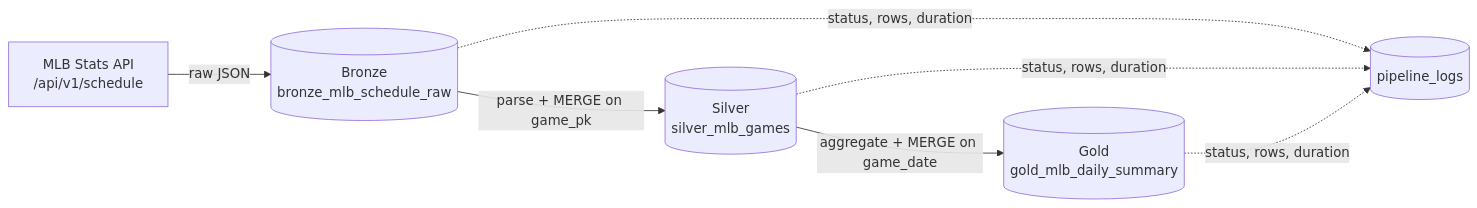
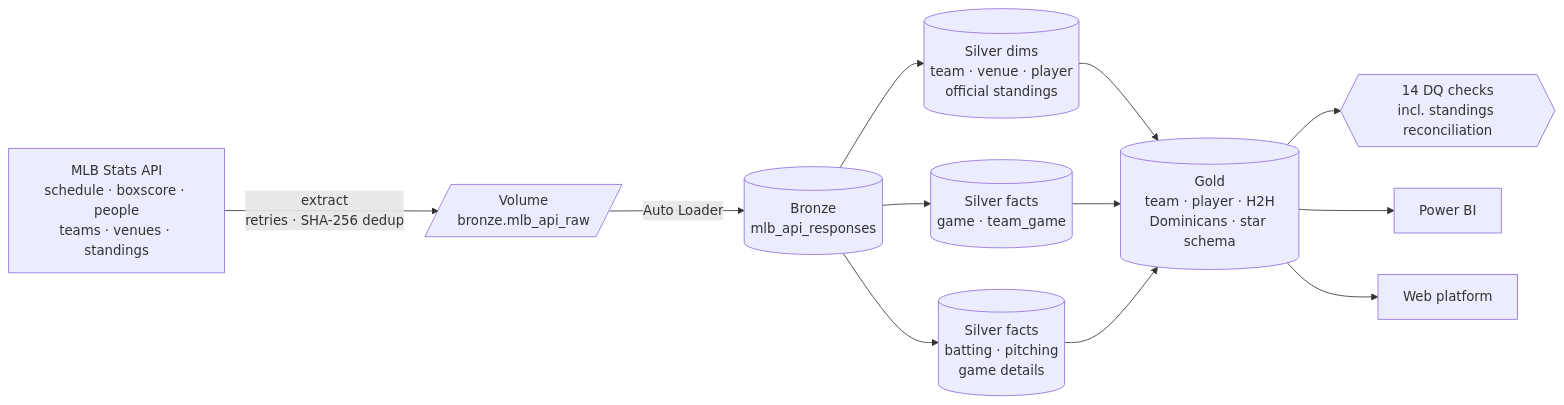
Before and after one commit to Stanly06/MLB-Daily-Games-ETL-Pipeline: the diagram in README.md, drawn with Mermaid. The commit also changed other lines of this file and 40 other files, not shown here.

First line of the commit message:
feat: v2 MLB Performance Intelligence Platform

````diff
--- a/README.md
+++ b/README.md
@@ -25,7 +46,12 @@
 ```mermaid
 flowchart LR
-    A[MLB Stats API<br/>/api/v1/schedule] -->|raw JSON| B[(Bronze<br/>bronze_mlb_schedule_raw)]
-    B -->|parse + MERGE on game_pk| C[(Silver<br/>silver_mlb_games)]
-    C -->|aggregate + MERGE on game_date| D[(Gold<br/>gold_mlb_daily_summary)]
-    B & C & D -.->|status, rows, duration| L[(pipeline_logs)]
+    API[MLB Stats API<br/>schedule · boxscore · people<br/>teams · venues · standings] -->|extract<br/>retries · SHA-256 dedup| RAW[/Volume<br/>bronze.mlb_api_raw/]
+    RAW -->|Auto Loader| B[(Bronze<br/>mlb_api_responses)]
+    B --> S1[(Silver dims<br/>team · venue · player<br/>official standings)]
+    B --> S2[(Silver facts<br/>game · team_game)]
+    B --> S3[(Silver facts<br/>batting · pitching<br/>game details)]
+    S1 & S2 & S3 --> G[(Gold<br/>team · player · H2H<br/>Dominicans · star schema)]
+    G --> Q{{14 DQ checks<br/>incl. standings reconciliation}}
+    G --> PBI[Power BI]
+    G --> WEB[Web platform]
 ```
````
